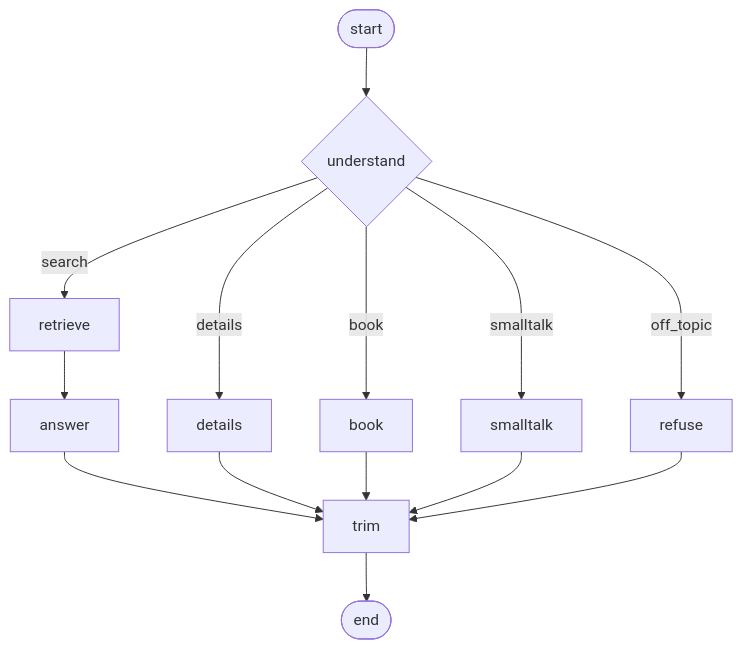
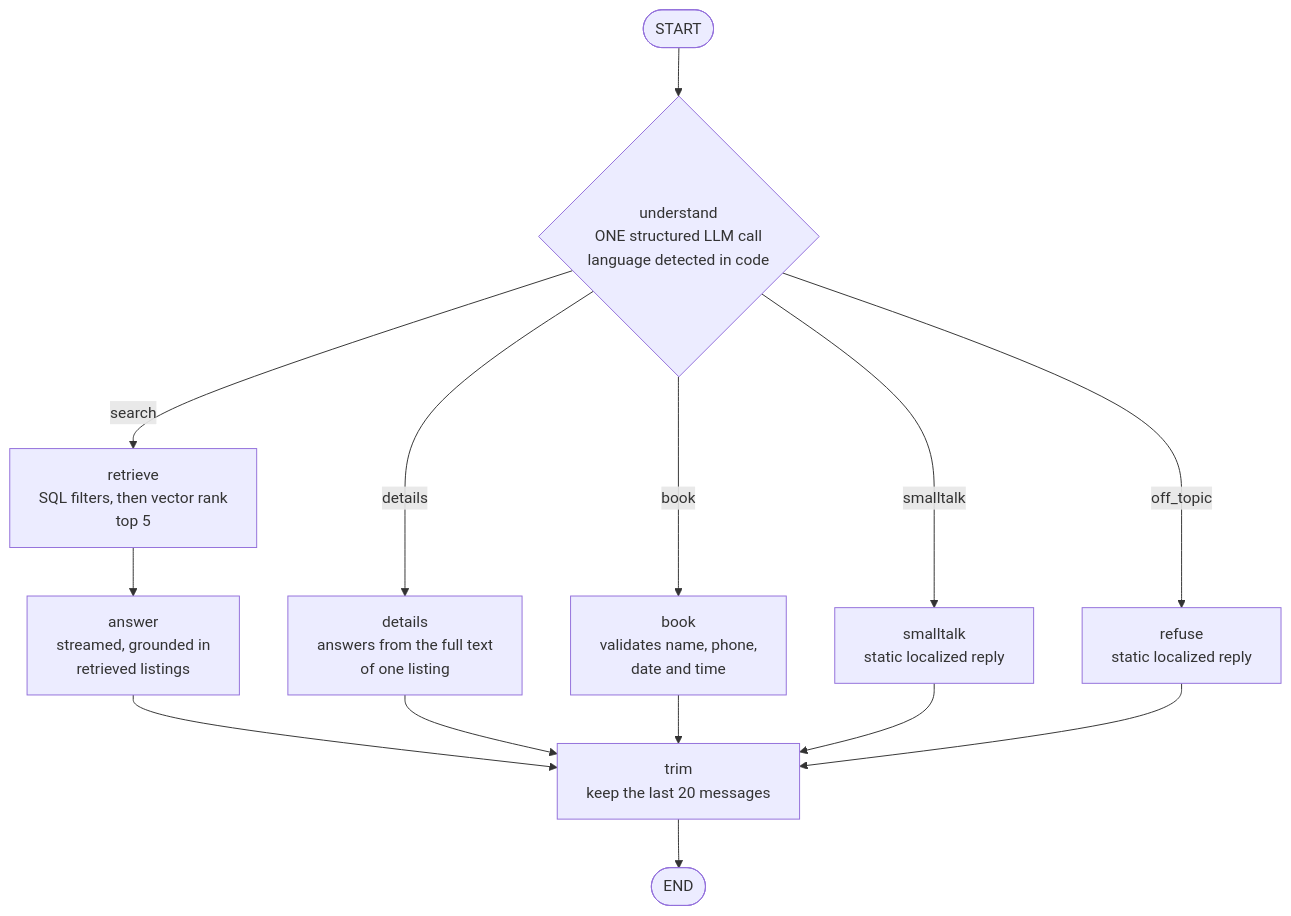
The second of 2 diagrams in README.md (MDeeee/real-estate-agent), drawn with Mermaid before and after one commit. The commit also changed other lines of this file and 3 other files, not shown here.

First line of the commit message:
docs: portfolio README with architecture diagrams and eval results

````diff
--- a/README.md
+++ b/README.md
@@ -44,16 +95,16 @@
 ```mermaid
 flowchart TD
-  begin(["start"]) --> understand{"understand"}
-  understand -->|search| retrieve
-  understand -->|details| details
-  understand -->|book| book
-  understand -->|smalltalk| smalltalk
-  understand -->|off_topic| refuse
-  retrieve --> answer
+  begin(["START"]) --> understand{"understand<br/>ONE structured LLM call<br/>language detected in code"}
+  understand -->|search| retrieve["retrieve<br/>SQL filters, then vector rank<br/>top 5"]
+  understand -->|details| details["details<br/>answers from the full text<br/>of one listing"]
+  understand -->|book| book["book<br/>validates name, phone,<br/>date and time"]
+  understand -->|smalltalk| smalltalk["smalltalk<br/>static localized reply"]
+  understand -->|off_topic| refuse["refuse<br/>static localized reply"]
+  retrieve --> answer["answer<br/>streamed, grounded in<br/>retrieved listings"]
   answer --> trim
   details --> trim
   book --> trim
   smalltalk --> trim
   refuse --> trim
-  trim --> finish(["end"])
+  trim["trim<br/>keep the last 20 messages"] --> finish(["END"])
 ```
````
